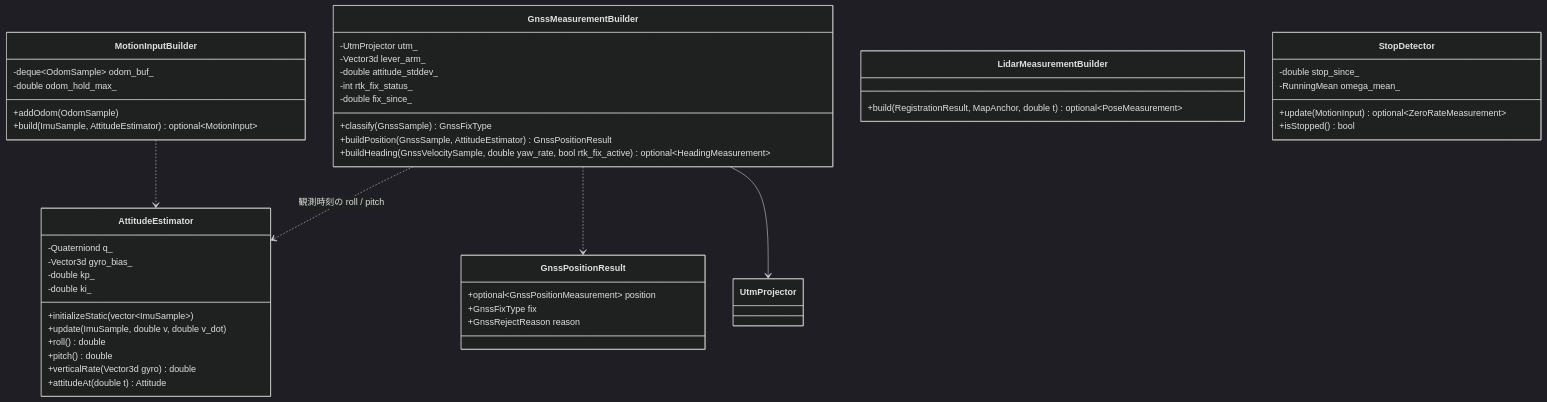
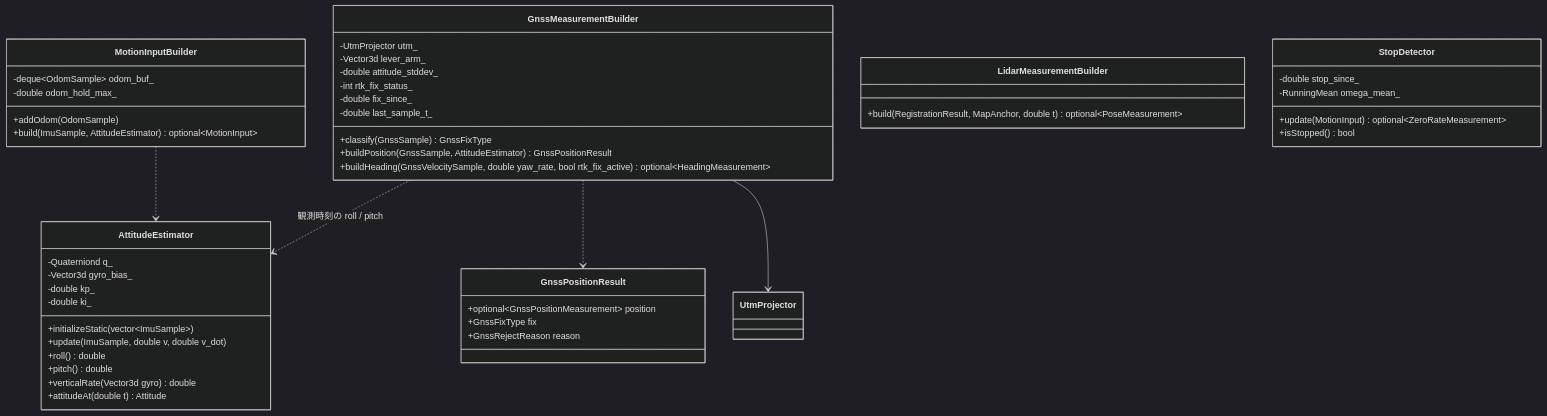
One commit to mamoru1126/gnss_and_lidar_localization changed the eighth of 14 diagrams in docs/architecture.md. Above: the diagram before and after it, drawn with Mermaid (dark theme). The commit also changed other lines of this file and 6 other files, not shown here.

First line of the commit message:
docs: 運用上の前提とデッドレコニング距離の監視を反映し、複数地図の扱いを見直し（設計書 v0.9）

````diff
--- a/docs/architecture.md
+++ b/docs/architecture.md
@@ -558,52 +569,53 @@
 ```mermaid
 classDiagram
 
   class AttitudeEstimator {
     -Quaterniond q_
     -Vector3d gyro_bias_
     -double kp_
     -double ki_
     +initializeStatic(vector~ImuSample~)
     +update(ImuSample, double v, double v_dot)
     +roll() double
     +pitch() double
     +verticalRate(Vector3d gyro) double
     +attitudeAt(double t) Attitude
   }
   class MotionInputBuilder {
     -deque~OdomSample~ odom_buf_
     -double odom_hold_max_
     +addOdom(OdomSample)
     +build(ImuSample, AttitudeEstimator) optional~MotionInput~
   }
   class GnssMeasurementBuilder {
     -UtmProjector utm_
     -Vector3d lever_arm_
     -double attitude_stddev_
     -int rtk_fix_status_
     -double fix_since_
+    -double last_sample_t_
     +classify(GnssSample) GnssFixType
     +buildPosition(GnssSample, AttitudeEstimator) GnssPositionResult
     +buildHeading(GnssVelocitySample, double yaw_rate, bool rtk_fix_active) optional~HeadingMeasurement~
   }
   class GnssPositionResult {
     +optional~GnssPositionMeasurement~ position
     +GnssFixType fix
     +GnssRejectReason reason
   }
   class LidarMeasurementBuilder {
     +build(RegistrationResult, MapAnchor, double t) optional~PoseMeasurement~
   }
   class StopDetector {
     -double stop_since_
     -RunningMean omega_mean_
     +update(MotionInput) optional~ZeroRateMeasurement~
     +isStopped() bool
   }
   class UtmProjector
 
   GnssMeasurementBuilder --> UtmProjector
   GnssMeasurementBuilder ..> GnssPositionResult
   GnssMeasurementBuilder ..> AttitudeEstimator : 観測時刻の roll / pitch
   MotionInputBuilder ..> AttitudeEstimator
 ```
````
